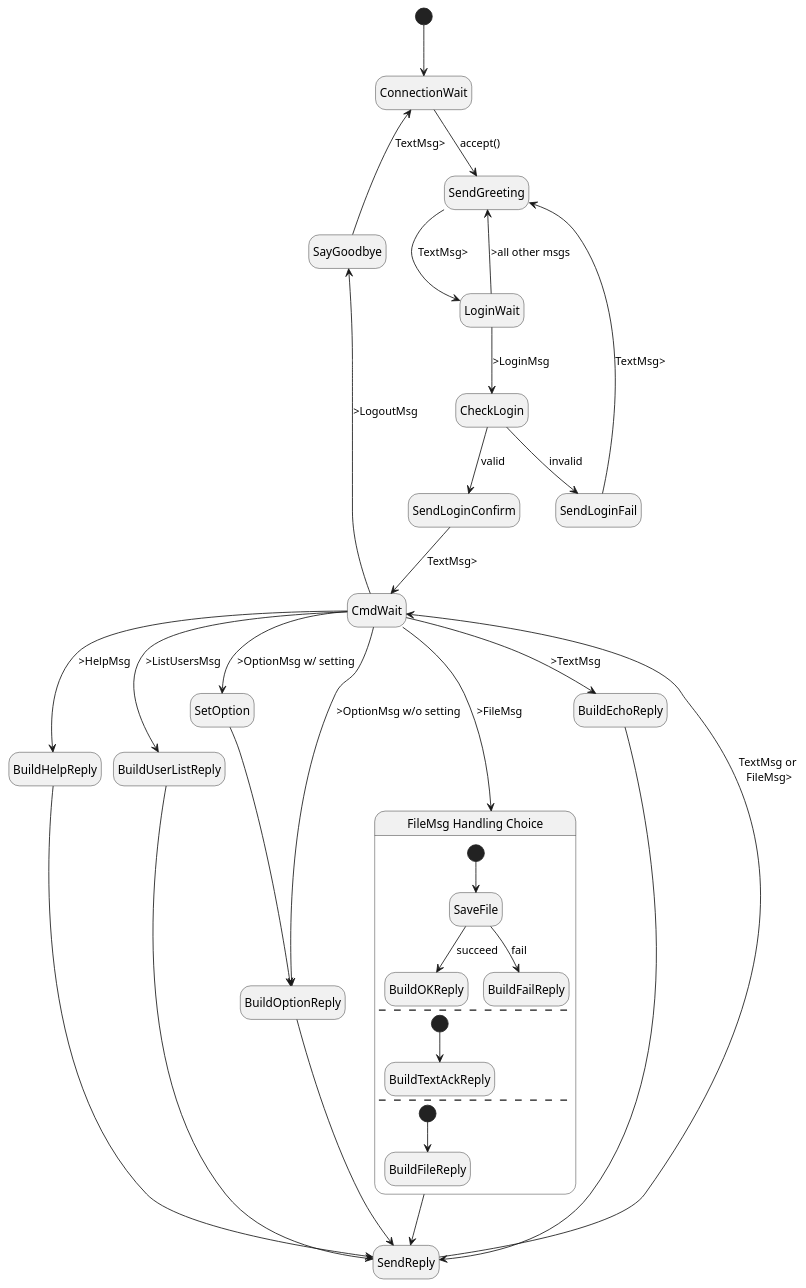
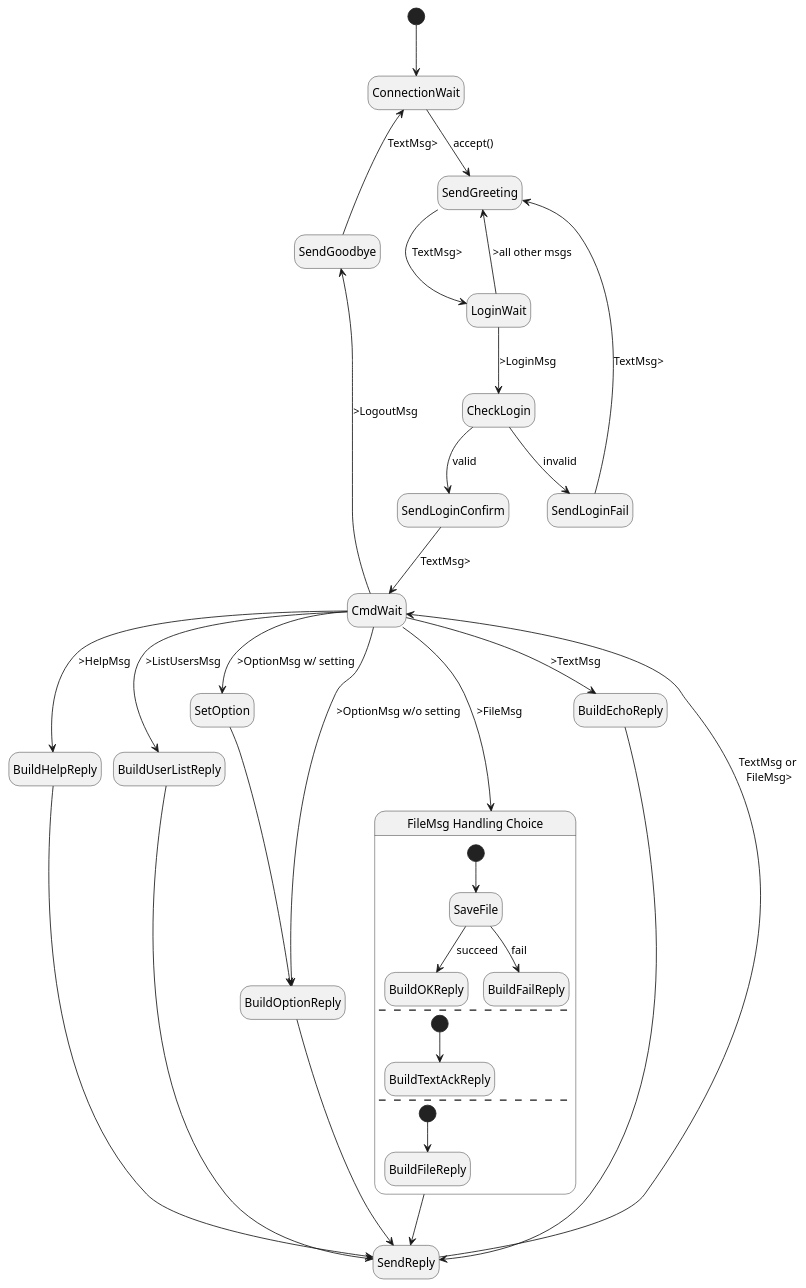
The diagram in design/server_state.puml (dtuinstr/clack2-instructor), drawn with PlantUML before and after one commit.

Commit message:
state name change: SayGoodbye -> SendGoodbye

```diff
--- a/design/server_state.puml
+++ b/design/server_state.puml
@@ -1,55 +1,55 @@
 @startuml
 'https://plantuml.com/state-diagram
 hide empty description
 'scale 350 width
 
 [*] --> ConnectionWait
 ConnectionWait --> SendGreeting : accept()
 SendGreeting --> LoginWait : TextMsg>
 
 LoginWait --> CheckLogin : >LoginMsg
 LoginWait --> SendGreeting : >all other msgs
 CheckLogin --> SendLoginConfirm : valid
 SendLoginConfirm --> CmdWait : TextMsg>
 CheckLogin --> SendLoginFail : invalid
 SendLoginFail --> SendGreeting : TextMsg>
 
-CmdWait -up-> SayGoodbye : >LogoutMsg
-SayGoodbye -up-> ConnectionWait : TextMsg>
+CmdWait -up-> SendGoodbye : >LogoutMsg
+SendGoodbye -up-> ConnectionWait : TextMsg>
 
 CmdWait --> BuildHelpReply : >HelpMsg
 CmdWait --> BuildUserListReply : >ListUsersMsg
 CmdWait --> SetOption : >OptionMsg w/ setting
 CmdWait --> BuildOptionReply : >OptionMsg w/o setting
 SetOption --> BuildOptionReply
 
 ''''''''''
 'CmdWait --> SaveFile : >FileMsg
 'SaveFile --> BuildSaveOKReply
 'SaveFile --> BuildSaveFailReply
 'BuildSaveOKReply --> SendReply
 'BuildSaveFailReply --> SendReply
 CmdWait --> filedc : >FileMsg
 
 state "FileMsg Handling Choice" as filedc {
     [*] --> SaveFile
     SaveFile --> BuildOKReply : succeed
     SaveFile --> BuildFailReply : fail
     --
     [*] --> BuildTextAckReply
     --
     [*] --> BuildFileReply
 }
 filedc --> SendReply
 
 
 ''''''''''
 CmdWait --> BuildEchoReply : >TextMsg
 BuildHelpReply --> SendReply
 BuildUserListReply --> SendReply
 BuildOptionReply --> SendReply
 BuildEchoReply --> SendReply
 
 SendReply --> CmdWait : TextMsg or\n FileMsg>
 
 @enduml
```
